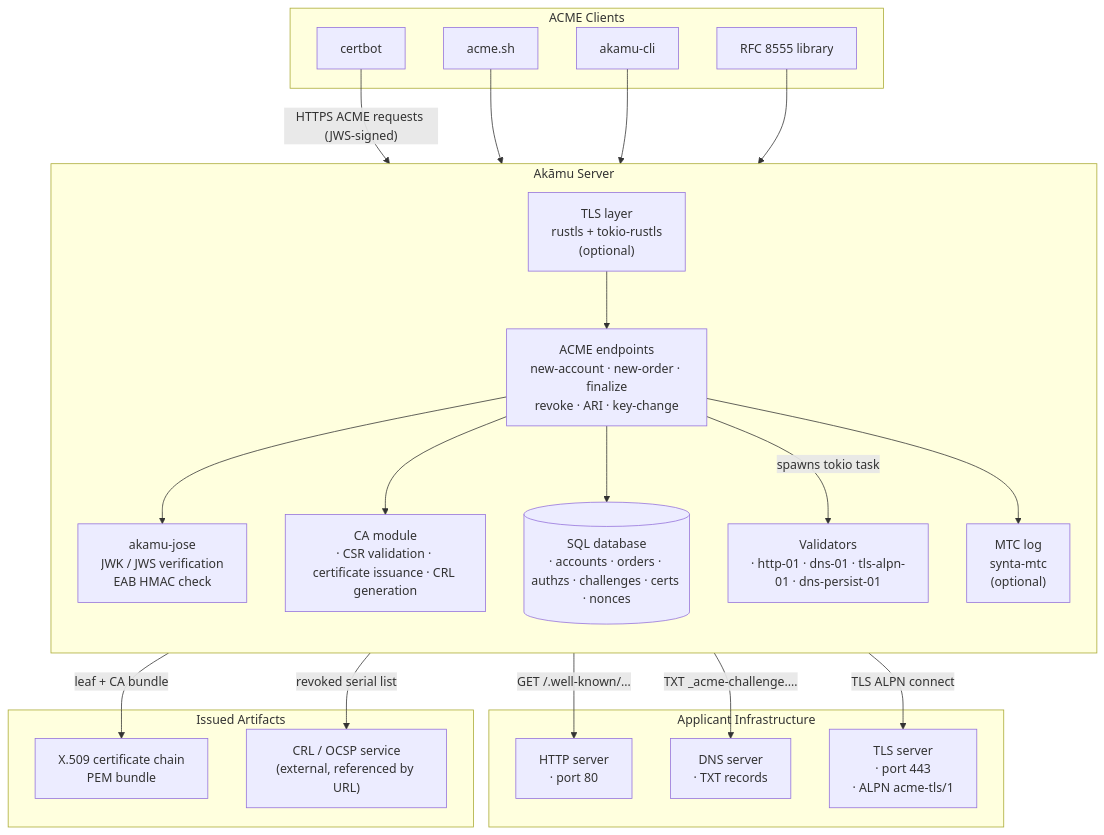
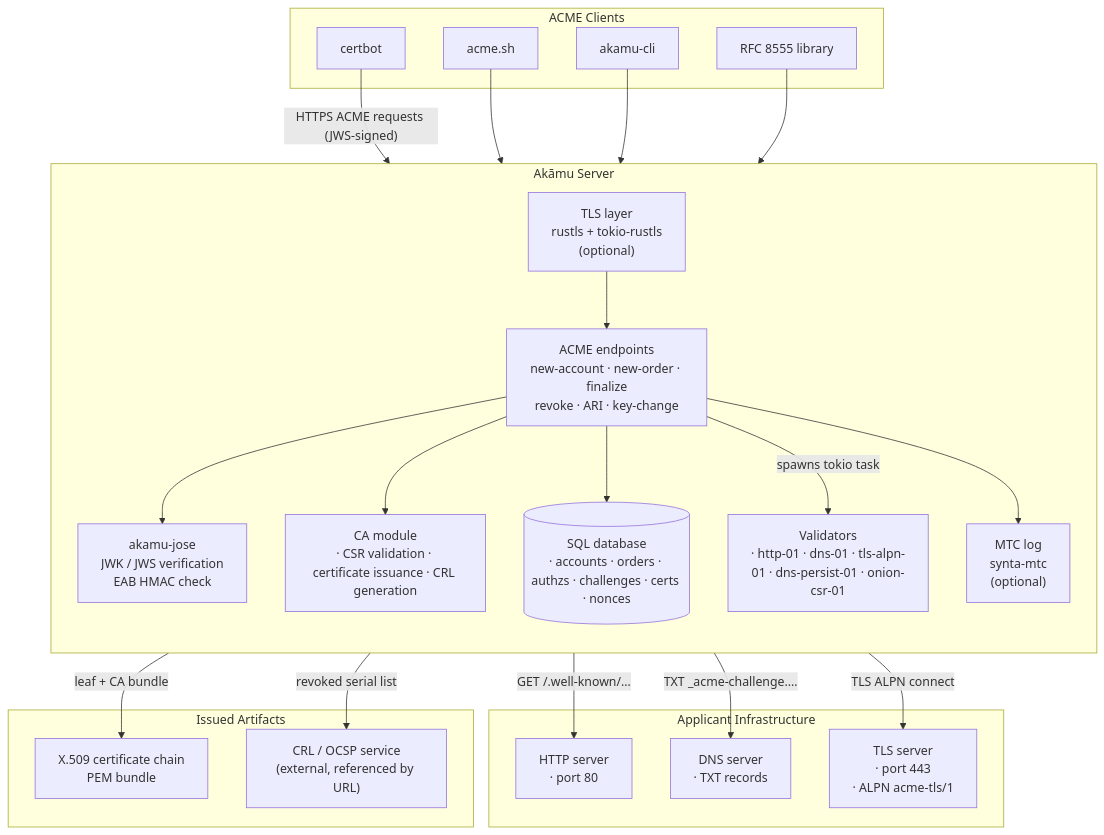
One commit to czinda/akamu changed the first of 2 diagrams in docs/src/developer/architecture.md. Above: the diagram before and after it, drawn with Mermaid. The commit also changed other lines of this file, not shown here.

First line of the commit message:
docs(architecture): add missing validators; correct admin auth description

````diff
--- a/docs/src/developer/architecture.md
+++ b/docs/src/developer/architecture.md
@@ -7,49 +7,49 @@
 ```mermaid
 graph TB
     subgraph clients["ACME Clients"]
         certbot[certbot]
         acmesh[acme.sh]
         akamucli[akamu-cli]
         custom[RFC 8555 library]
     end
 
     subgraph akamu["Akāmu Server"]
         direction TB
         tls["TLS layer<br/>rustls + tokio-rustls<br/>(optional)"]
         acme["ACME endpoints<br/>new-account · new-order · finalize<br/>revoke · ARI · key-change"]
         jose["akamu-jose<br/>JWK / JWS verification<br/>EAB HMAC check"]
         ca["CA module<br/>· CSR validation · certificate issuance · CRL generation"]
         db[("SQL database<br/>· accounts · orders · authzs · challenges · certs · nonces")]
-        val["Validators<br/>· http-01 · dns-01 · tls-alpn-01 · dns-persist-01"]
+        val["Validators<br/>· http-01 · dns-01 · tls-alpn-01 · dns-persist-01 · onion-csr-01"]
         mtc["MTC log<br/>synta-mtc<br/>(optional)"]
     end
 
     subgraph external["Applicant Infrastructure"]
         httpserver["HTTP server<br/>· port 80"]
         dns["DNS server<br/>· TXT records"]
         tlsserver["TLS server<br/>· port 443<br/>· ALPN acme-tls/1"]
     end
 
     subgraph artifacts["Issued Artifacts"]
         certchain["X.509 certificate chain<br/>PEM bundle"]
         crlsvc["CRL / OCSP service<br/>(external, referenced by URL)"]
     end
 
     certbot -->|"HTTPS ACME requests (JWS-signed)"| tls
     acmesh --> tls
     akamucli --> tls
     custom --> tls
     tls --> acme
     acme --> jose
     acme --> ca
     acme --> db
     acme -->|"spawns tokio task"| val
     acme --> mtc
 
     val -->|"GET /.well-known/…"| httpserver
     val -->|"TXT _acme-challenge.…"| dns
     val -->|"TLS ALPN connect"| tlsserver
 
     ca -->|"leaf + CA bundle"| certchain
     ca -->|"revoked serial list"| crlsvc
 ```
````
